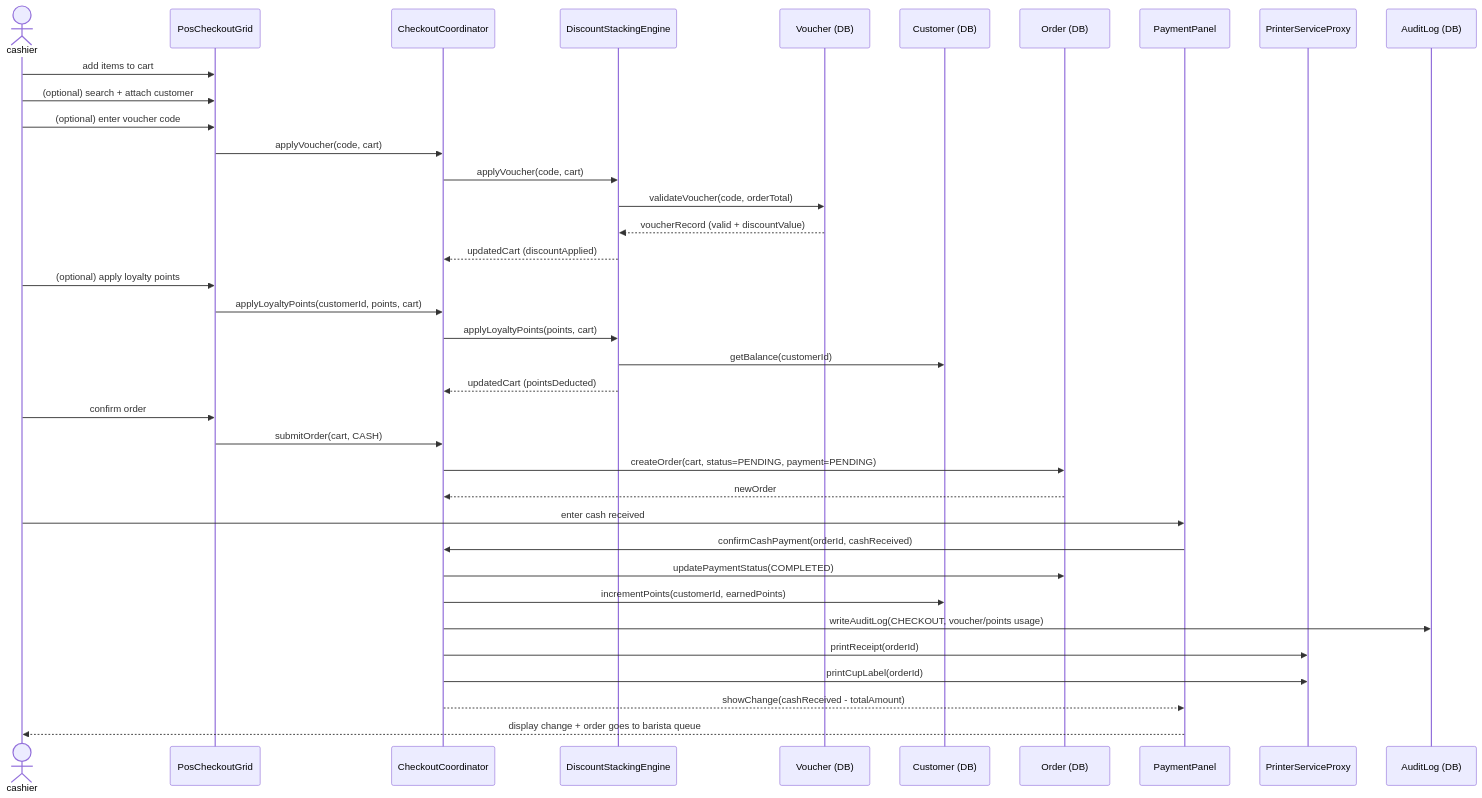
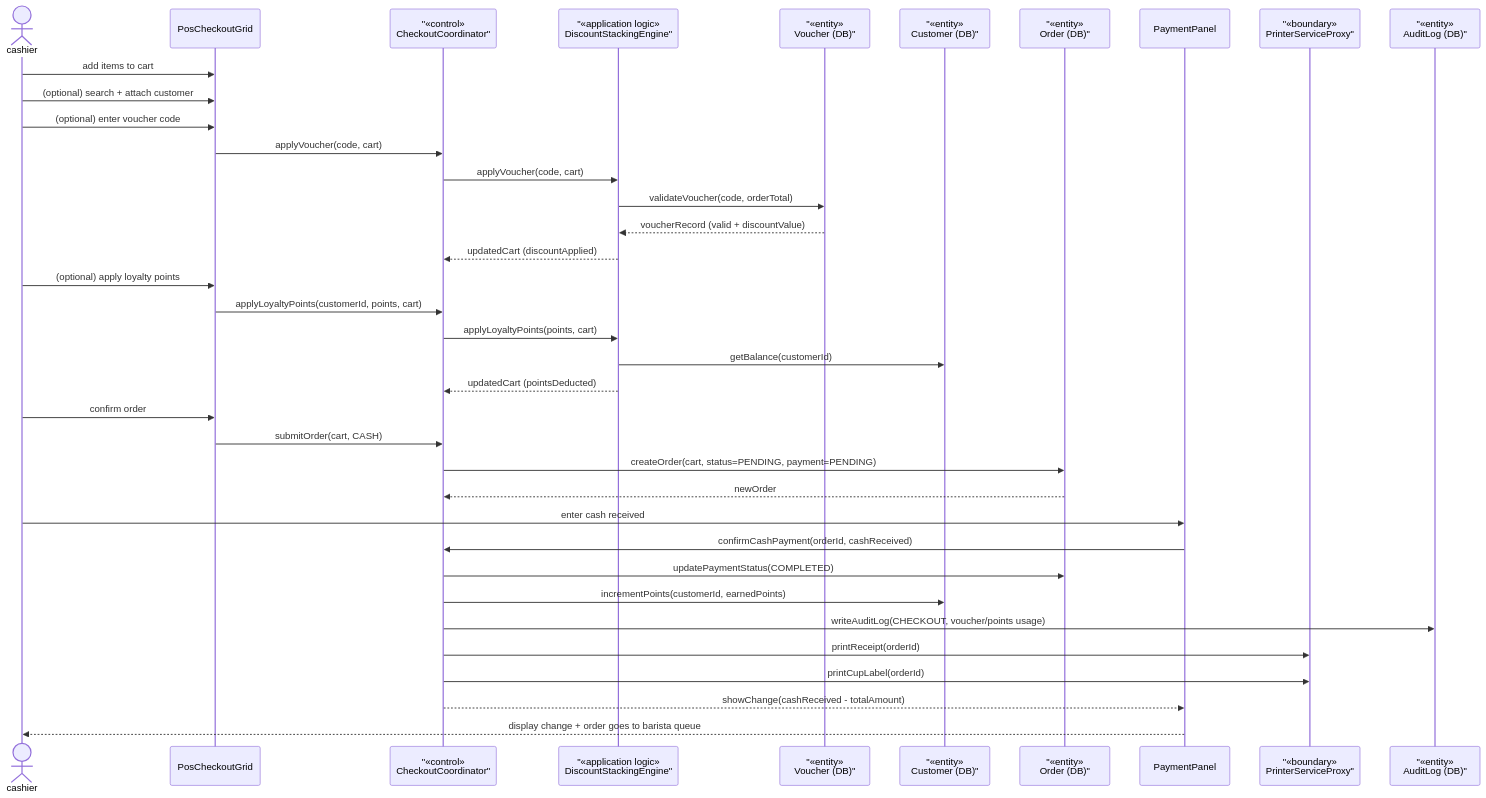
The third of 6 diagrams in rds_sections/10_detailed_3_7_pos_transaction.md (Shaichi/Khoga_coffe_shop), drawn with Mermaid before and after one commit. The commit also changed other lines of this file and 13 other files, not shown here.

````diff
--- a/rds_sections/10_detailed_3_7_pos_transaction.md
+++ b/rds_sections/10_detailed_3_7_pos_transaction.md
@@ -161,43 +161,43 @@
 ```mermaid
 sequenceDiagram
     actor cashier
     participant PosGrid as PosCheckoutGrid
-    participant CheckoutCoord as CheckoutCoordinator
-    participant DiscountEngine as DiscountStackingEngine
-    participant VoucherDB as Voucher (DB)
-    participant CustomerDB as Customer (DB)
-    participant OrderDB as Order (DB)
+participant CheckoutCoord as "«control»<br/>CheckoutCoordinator"
+participant DiscountEngine as "«application logic»<br/>DiscountStackingEngine"
+participant VoucherDB as "«entity»<br/>Voucher (DB)"
+participant CustomerDB as "«entity»<br/>Customer (DB)"
+participant OrderDB as "«entity»<br/>Order (DB)"
     participant PayPanel as PaymentPanel
-    participant PrintSvc as PrinterServiceProxy
-    participant AuditDB as AuditLog (DB)
+participant PrintSvc as "«boundary»<br/>PrinterServiceProxy"
+participant AuditDB as "«entity»<br/>AuditLog (DB)"
 
     cashier->>PosGrid: add items to cart
     cashier->>PosGrid: (optional) search + attach customer
     cashier->>PosGrid: (optional) enter voucher code
     PosGrid->>CheckoutCoord: applyVoucher(code, cart)
     CheckoutCoord->>DiscountEngine: applyVoucher(code, cart)
     DiscountEngine->>VoucherDB: validateVoucher(code, orderTotal)
     VoucherDB-->>DiscountEngine: voucherRecord (valid + discountValue)
     DiscountEngine-->>CheckoutCoord: updatedCart (discountApplied)
 
     cashier->>PosGrid: (optional) apply loyalty points
     PosGrid->>CheckoutCoord: applyLoyaltyPoints(customerId, points, cart)
     CheckoutCoord->>DiscountEngine: applyLoyaltyPoints(points, cart)
     DiscountEngine->>CustomerDB: getBalance(customerId)
     DiscountEngine-->>CheckoutCoord: updatedCart (pointsDeducted)
 
     cashier->>PosGrid: confirm order
     PosGrid->>CheckoutCoord: submitOrder(cart, CASH)
     CheckoutCoord->>OrderDB: createOrder(cart, status=PENDING, payment=PENDING)
     OrderDB-->>CheckoutCoord: newOrder
 
     cashier->>PayPanel: enter cash received
     PayPanel->>CheckoutCoord: confirmCashPayment(orderId, cashReceived)
     CheckoutCoord->>OrderDB: updatePaymentStatus(COMPLETED)
     CheckoutCoord->>CustomerDB: incrementPoints(customerId, earnedPoints)
     CheckoutCoord->>AuditDB: writeAuditLog(CHECKOUT, voucher/points usage)
     CheckoutCoord->>PrintSvc: printReceipt(orderId)
     CheckoutCoord->>PrintSvc: printCupLabel(orderId)
     CheckoutCoord-->>PayPanel: showChange(cashReceived - totalAmount)
     PayPanel-->>cashier: display change + order goes to barista queue
 ```
````
